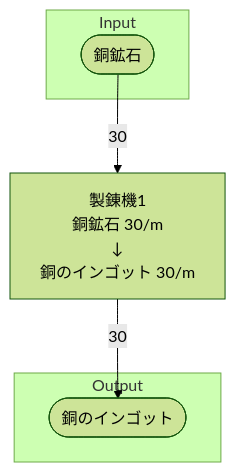
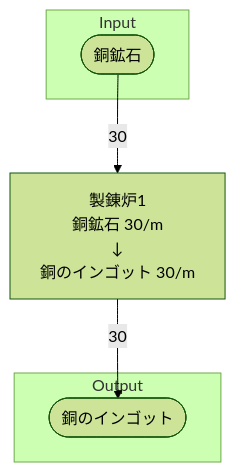
Before and after one commit to Suzuran-Amano/SatisfactoryTaskEfficiency: the diagram in 40_FactoryBuilding/初期一時銅板工場/40_個別製造ライン設計書/個別製造ライン設計書_銅のインゴット製造ライン.md, drawn with Mermaid (forest theme). The commit also changed other lines of this file and 288 other files, not shown here.

````diff
--- a/40_FactoryBuilding/初期一時銅板工場/40_個別製造ライン設計書/個別製造ライン設計書_銅のインゴット製造ライン.md
+++ b/40_FactoryBuilding/初期一時銅板工場/40_個別製造ライン設計書/個別製造ライン設計書_銅のインゴット製造ライン.md
@@ -18,21 +20,21 @@
 ```mermaid
 flowchart TD
 
 subgraph Input
     銅鉱石([銅鉱石])
 end
 
-製錬機1[
-    製錬機1
+製錬炉1[
+    製錬炉1
     銅鉱石 30/m
     ↓
     銅のインゴット 30/m
 ]
 
 subgraph Output
     銅のインゴット([銅のインゴット])
 end
 
-銅鉱石-->|30|製錬機1
-製錬機1-->|30|銅のインゴット
+銅鉱石-->|30|製錬炉1
+製錬炉1-->|30|銅のインゴット
 ```
````
